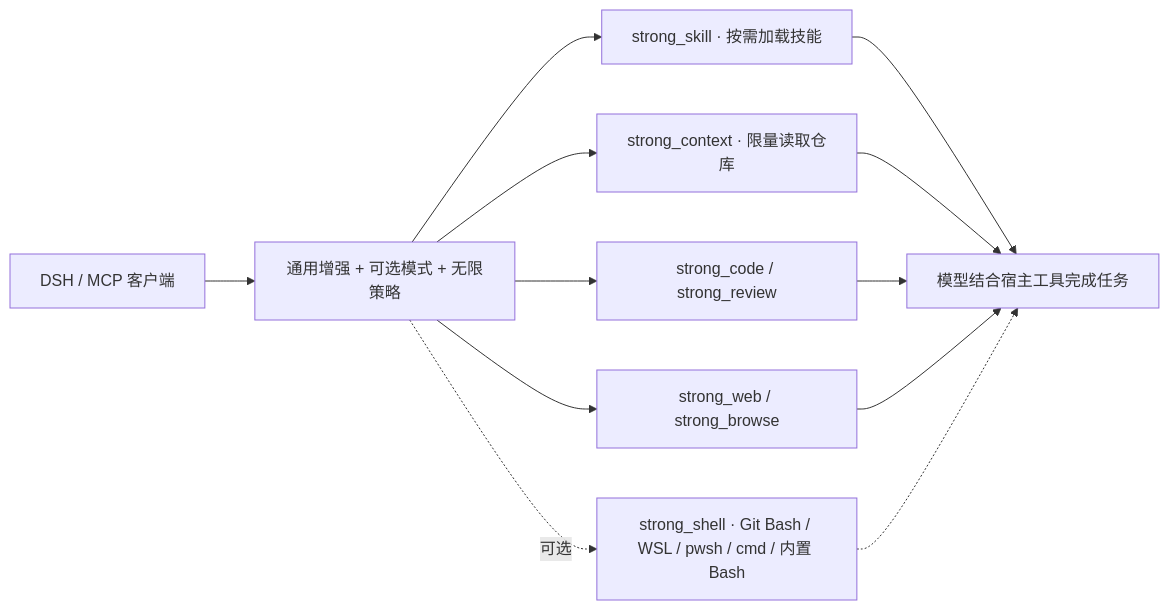
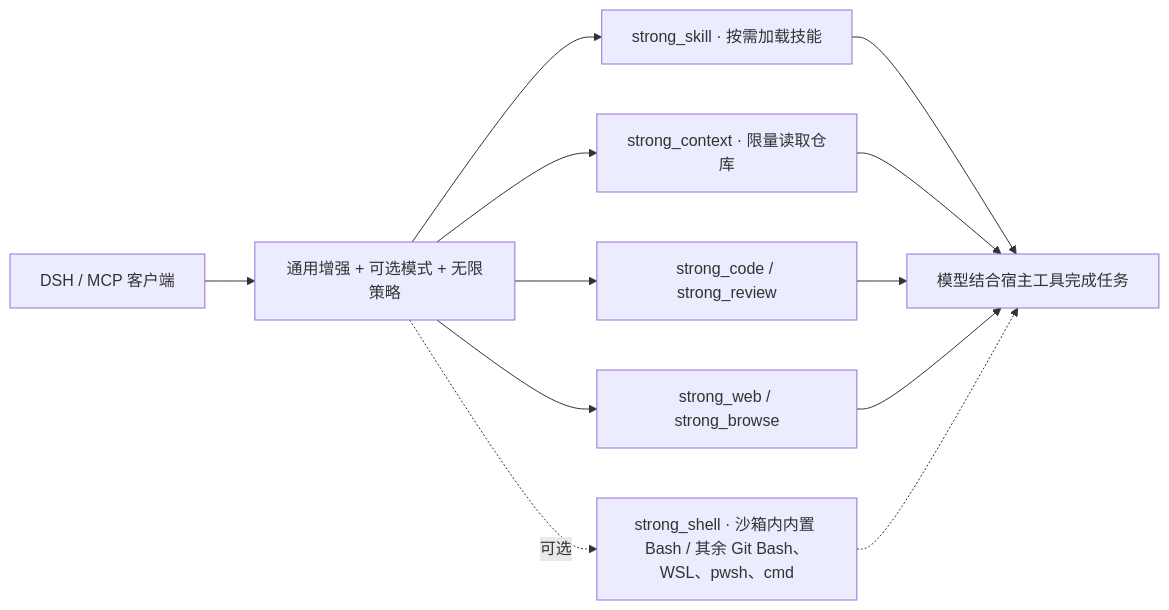
The diagram in README.md (wemebabo57-a11y/dsh-mcp-strong-and-skills), drawn with Mermaid before and after one commit. The commit also changed other lines of this file and 35 other files, not shown here.

````diff
--- a/README.md
+++ b/README.md
@@ -313,14 +315,14 @@
 ```mermaid
 flowchart LR
     Host[DSH / MCP 客户端] --> Gateway[通用增强 + 可选模式 + 无限策略]
     Gateway --> Skills[strong_skill · 按需加载技能]
     Gateway --> Context[strong_context · 限量读取仓库]
     Gateway --> Code[strong_code / strong_review]
     Gateway --> Web[strong_web / strong_browse]
-    Gateway -.可选.-> Shell[strong_shell · Git Bash / WSL / pwsh / cmd / 内置 Bash]
+    Gateway -.可选.-> Shell[strong_shell · 沙箱内内置 Bash / 其余 Git Bash、WSL、pwsh、cmd]
     Skills --> Model[模型结合宿主工具完成任务]
     Context --> Model
     Code --> Model
     Web --> Model
     Shell -.-> Model
 ```
````
